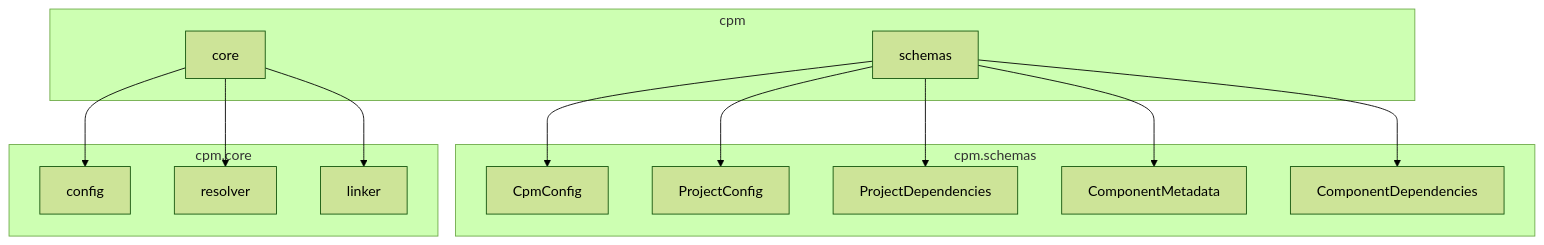
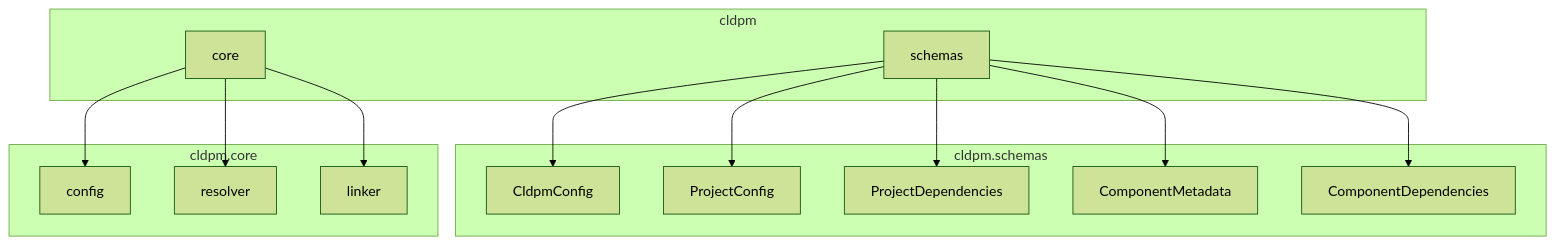
Before and after one commit to transilienceai/cldpm: the diagram in python/SDK.md, drawn with Mermaid (forest theme). The commit also changed other lines of this file and 148 other files, not shown here.

Commit message:
chore: update the package name from cpm to cldpm

````diff
--- a/python/SDK.md
+++ b/python/SDK.md
@@ -13,31 +13,31 @@
 ```mermaid
 graph TD
-    subgraph "cpm"
+    subgraph "cldpm"
         SCHEMAS[schemas]
         CORE[core]
     end
 
-    subgraph "cpm.schemas"
-        CPM_SCHEMA[CpmConfig]
+    subgraph "cldpm.schemas"
+        CLDPM_SCHEMA[CldpmConfig]
         PROJ_SCHEMA[ProjectConfig]
         DEPS_SCHEMA[ProjectDependencies]
         COMP_META[ComponentMetadata]
         COMP_DEPS[ComponentDependencies]
     end
 
-    subgraph "cpm.core"
+    subgraph "cldpm.core"
         CONFIG[config]
         RESOLVER[resolver]
         LINKER[linker]
     end
 
-    SCHEMAS --> CPM_SCHEMA
+    SCHEMAS --> CLDPM_SCHEMA
     SCHEMAS --> PROJ_SCHEMA
     SCHEMAS --> DEPS_SCHEMA
     SCHEMAS --> COMP_META
     SCHEMAS --> COMP_DEPS
 
     CORE --> CONFIG
     CORE --> RESOLVER
     CORE --> LINKER
 ```
````
